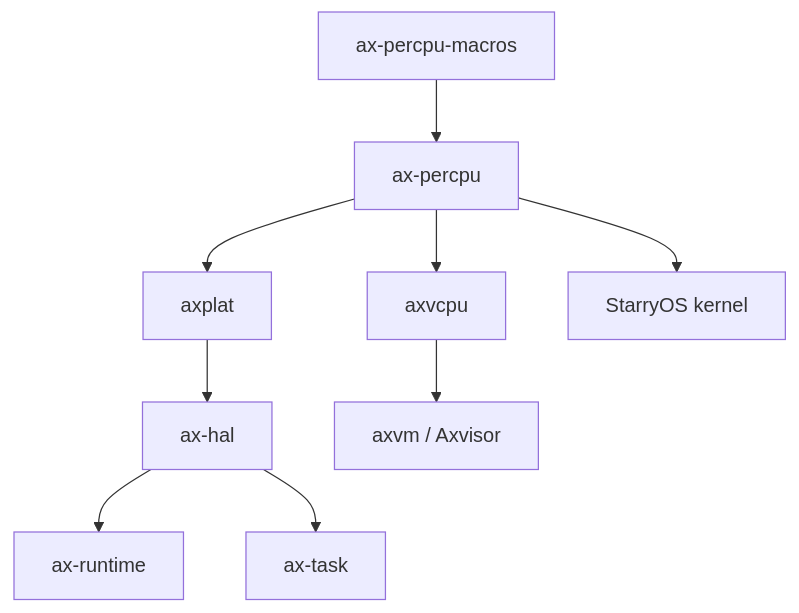
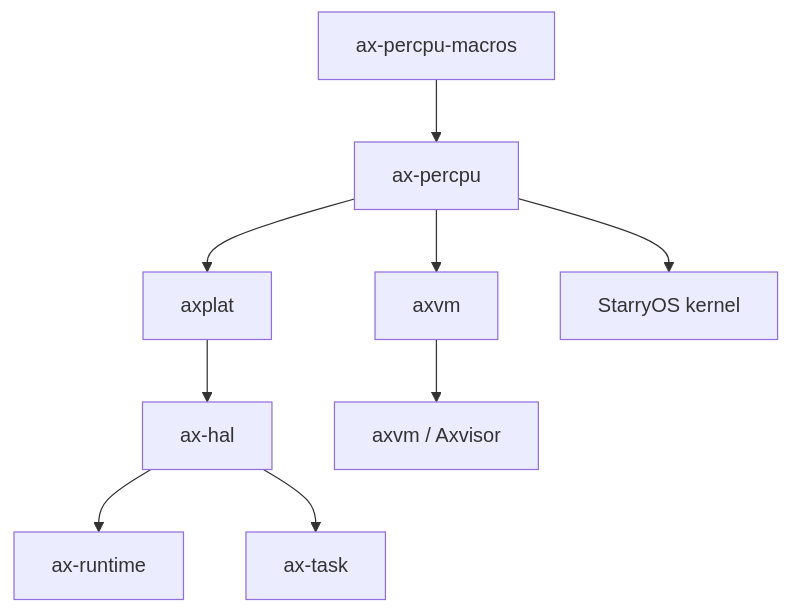
Before and after one commit to rcore-os/tgoskits: the diagram in docs/docs/components/crates/ax-percpu.md, drawn with Mermaid. The commit also changed other lines of this file and 79 other files, not shown here.

````diff
--- a/docs/docs/components/crates/ax-percpu.md
+++ b/docs/docs/components/crates/ax-percpu.md
@@ -187,11 +187,11 @@
 ```mermaid
 graph TD
     A[ax-percpu-macros] --> B[ax-percpu]
     B --> C[axplat]
     C --> D[ax-hal]
     D --> E[ax-runtime]
     D --> F[ax-task]
-    B --> G[axvcpu]
+    B --> G[axvm]
     G --> H[axvm / Axvisor]
     B --> I[StarryOS kernel]
 ```
````
